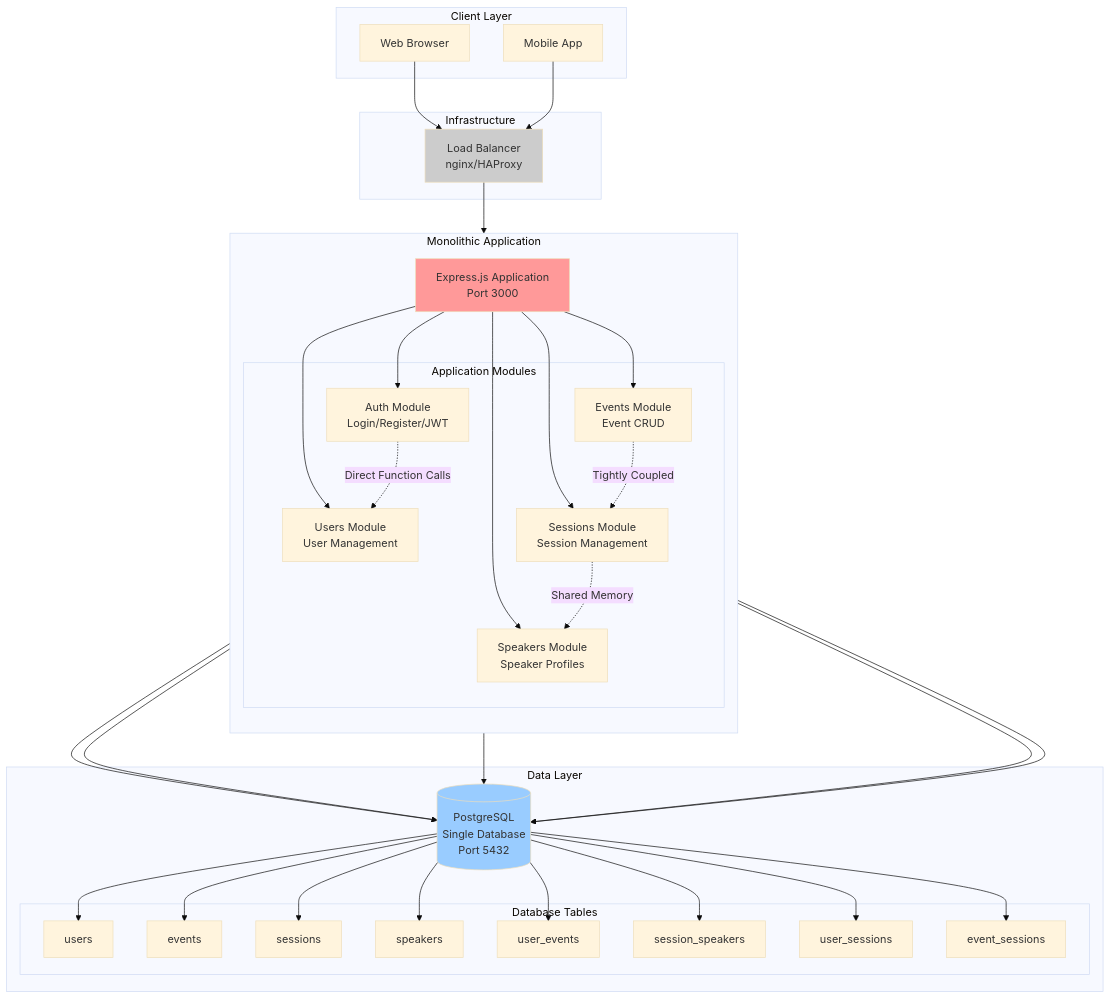
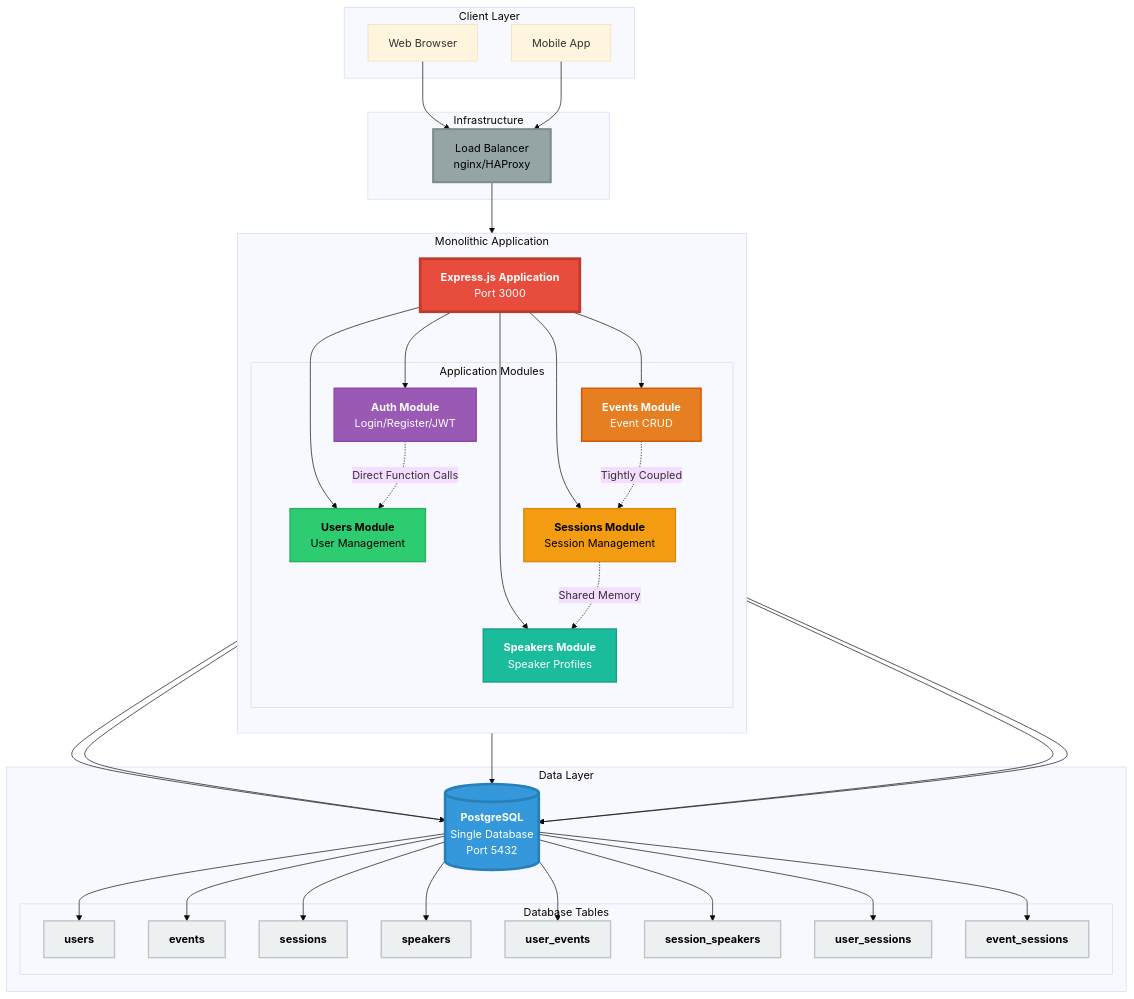
The first of 6 diagrams in diagrams/monolithic-architecture.md (martimmpr/epicjunior-backend-db-course), drawn with Mermaid (base theme) before and after one commit. The commit also changed other lines of this file and 3 other files, not shown here.

Commit message:
docs: Improved Diagrams Readability.

````diff
--- a/diagrams/monolithic-architecture.md
+++ b/diagrams/monolithic-architecture.md
@@ -17,14 +17,14 @@
     
     subgraph "Monolithic Application"
         direction TB
-        App[Express.js Application<br/>Port 3000]
+        App["<b>Express.js Application</b><br/>Port 3000"]
         
         subgraph "Application Modules"
-            Auth[Auth Module<br/>Login/Register/JWT]
-            Users[Users Module<br/>User Management]
-            Events[Events Module<br/>Event CRUD]
-            Sessions[Sessions Module<br/>Session Management]
-            Speakers[Speakers Module<br/>Speaker Profiles]
+            Auth["<b>Auth Module</b><br/>Login/Register/JWT"]
+            Users["<b>Users Module</b><br/>User Management"]
+            Events["<b>Events Module</b><br/>Event CRUD"]
+            Sessions["<b>Sessions Module</b><br/>Session Management"]
+            Speakers["<b>Speakers Module</b><br/>Speaker Profiles"]
         end
         
         App --> Auth
@@ -39,17 +39,17 @@
     end
     
     subgraph "Data Layer"
-        DB[(PostgreSQL<br/>Single Database<br/>Port 5432)]
+        DB[("<b>PostgreSQL</b><br/>Single Database<br/>Port 5432")]
         
         subgraph "Database Tables"
-            T1[users]
-            T2[events]
-            T3[sessions]
-            T4[speakers]
-            T5[user_events]
-            T6[session_speakers]
-            T7[user_sessions]
-            T8[event_sessions]
+            T1["<b>users</b>"]
+            T2["<b>events</b>"]
+            T3["<b>sessions</b>"]
+            T4["<b>speakers</b>"]
+            T5["<b>user_events</b>"]
+            T6["<b>session_speakers</b>"]
+            T7["<b>user_sessions</b>"]
+            T8["<b>event_sessions</b>"]
         end
     end
     
@@ -72,7 +72,20 @@
     DB --> T7
     DB --> T8
     
-    style App fill:#ff9999
-    style DB fill:#99ccff
-    style LB fill:#cccccc
+    style App fill:#e74c3c,stroke:#c0392b,stroke-width:4px,color:#fff
+    style DB fill:#3498db,stroke:#2980b9,stroke-width:4px,color:#fff
+    style LB fill:#95a5a6,stroke:#7f8c8d,stroke-width:3px,color:#000
+    style Auth fill:#9b59b6,stroke:#8e44ad,stroke-width:2px,color:#fff
+    style Users fill:#2ecc71,stroke:#27ae60,stroke-width:2px,color:#000
+    style Events fill:#e67e22,stroke:#d35400,stroke-width:2px,color:#fff
+    style Sessions fill:#f39c12,stroke:#d68910,stroke-width:2px,color:#000
+    style Speakers fill:#1abc9c,stroke:#16a085,stroke-width:2px,color:#fff
+    style T1 fill:#ecf0f1,stroke:#bdc3c7,stroke-width:2px,color:#000
+    style T2 fill:#ecf0f1,stroke:#bdc3c7,stroke-width:2px,color:#000
+    style T3 fill:#ecf0f1,stroke:#bdc3c7,stroke-width:2px,color:#000
+    style T4 fill:#ecf0f1,stroke:#bdc3c7,stroke-width:2px,color:#000
+    style T5 fill:#ecf0f1,stroke:#bdc3c7,stroke-width:2px,color:#000
+    style T6 fill:#ecf0f1,stroke:#bdc3c7,stroke-width:2px,color:#000
+    style T7 fill:#ecf0f1,stroke:#bdc3c7,stroke-width:2px,color:#000
+    style T8 fill:#ecf0f1,stroke:#bdc3c7,stroke-width:2px,color:#000
 ```
````
